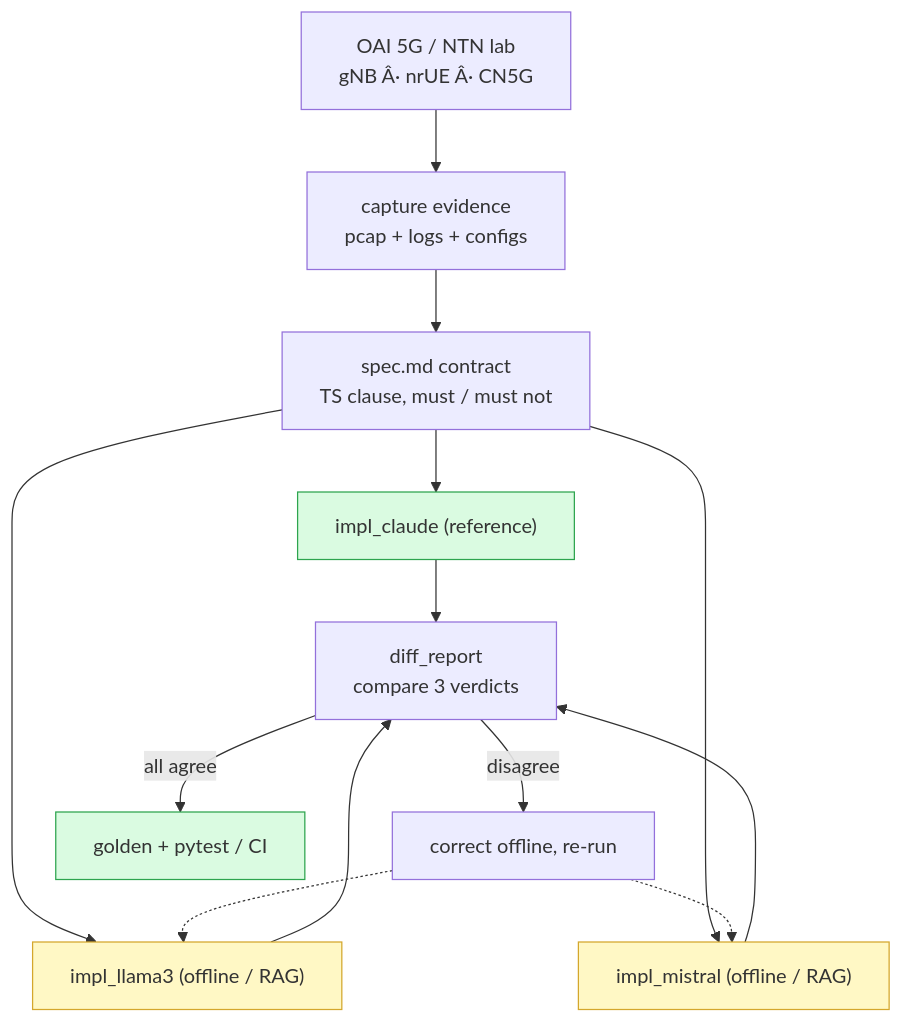
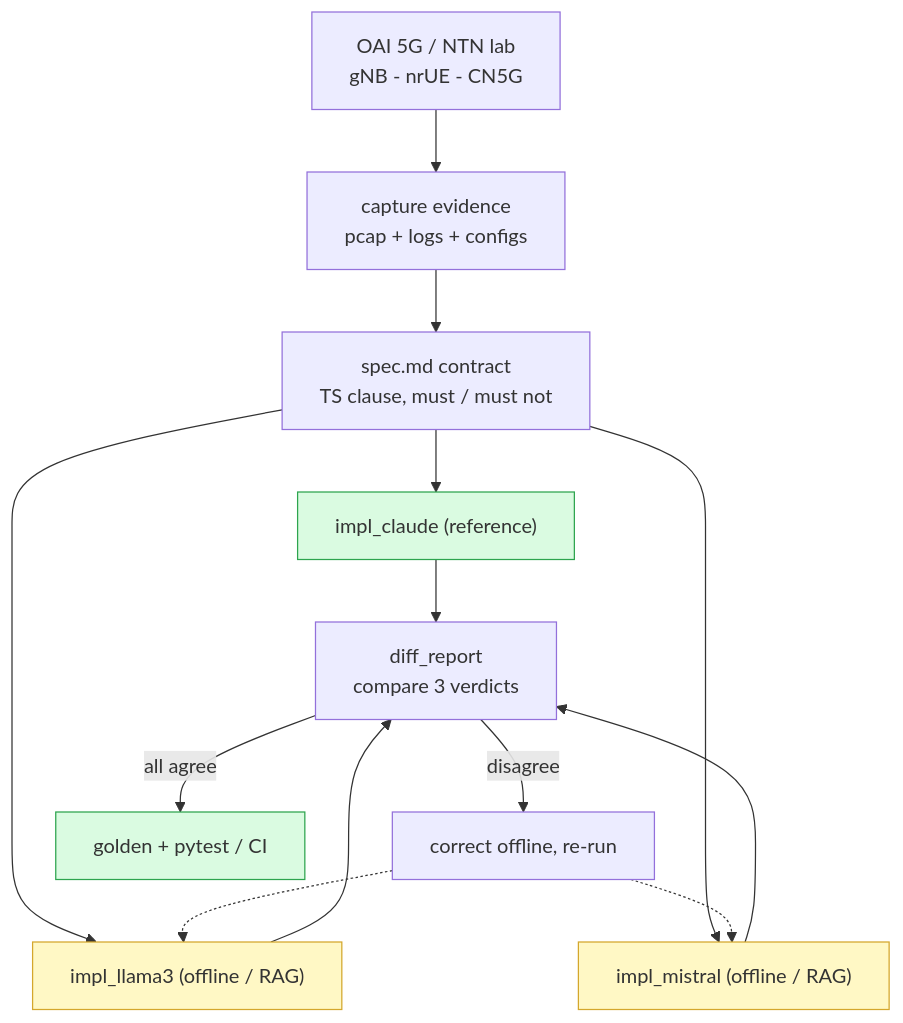
One commit to sureshramadolla428/3gpp-conformance-pipeline changed the diagram in README.md. Above: the diagram before and after it, drawn with Mermaid. The commit also changed other lines of this file and 30 other files, not shown here.

````diff
--- a/README.md
+++ b/README.md
@@ -28,19 +28,19 @@
 ```mermaid
 flowchart TD
-    A["OAI 5G / NTN lab<br/>gNB Â· nrUE Â· CN5G"] --> B["capture evidence<br/>pcap + logs + configs"]
-    B --> C["spec.md contract<br/>TS clause, must / must not"]
-    C --> D1["impl_claude (reference)"]
-    C --> D2["impl_llama3 (offline / RAG)"]
-    C --> D3["impl_mistral (offline / RAG)"]
-    D1 --> E["diff_report<br/>compare 3 verdicts"]
-    D2 --> E
-    D3 --> E
-    E -->|disagree| F["correct offline, re-run"]
-    F -.-> D2
-    F -.-> D3
-    E -->|all agree| G["golden + pytest / CI"]
-    classDef ref fill:#dafbe1,stroke:#2da44e;
-    classDef off fill:#fff8c5,stroke:#d4a72c;
-    class D1,G ref;
-    class D2,D3 off;
+ A["OAI 5G / NTN lab<br/>gNB - nrUE - CN5G"] --> B["capture evidence<br/>pcap + logs + configs"]
+ B --> C["spec.md contract<br/>TS clause, must / must not"]
+ C --> D1["impl_claude (reference)"]
+ C --> D2["impl_llama3 (offline / RAG)"]
+ C --> D3["impl_mistral (offline / RAG)"]
+ D1 --> E["diff_report<br/>compare 3 verdicts"]
+ D2 --> E
+ D3 --> E
+ E -->|disagree| F["correct offline, re-run"]
+ F -.-> D2
+ F -.-> D3
+ E -->|all agree| G["golden + pytest / CI"]
+ classDef ref fill:#dafbe1,stroke:#2da44e;
+ classDef off fill:#fff8c5,stroke:#d4a72c;
+ class D1,G ref;
+ class D2,D3 off;
 ```
````
